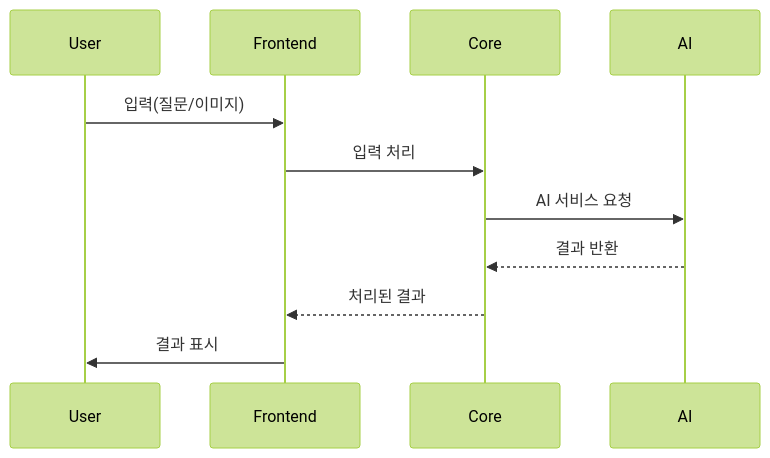
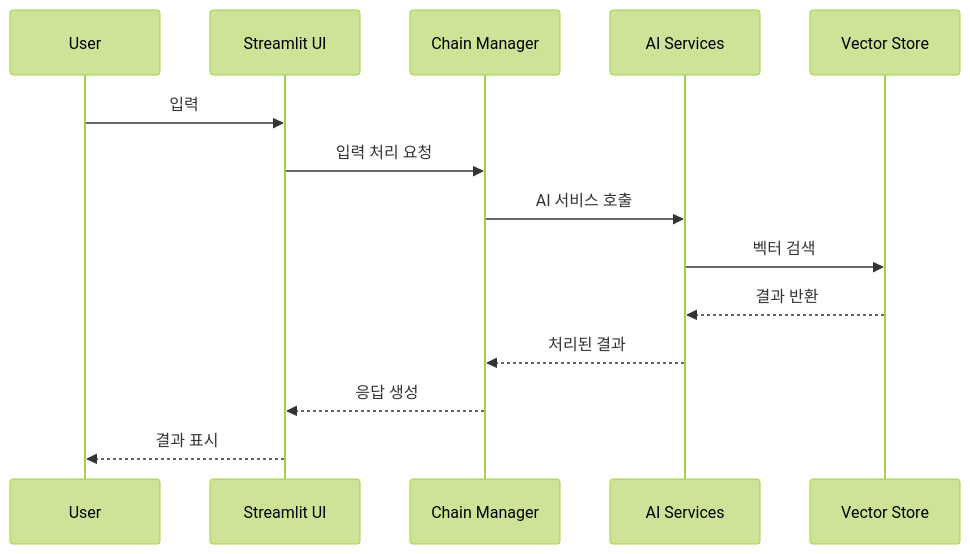
The fifth of 8 diagrams in README.md (SKNETWORKS-FAMILY-AICAMP/SKN03-4th-3Team), drawn with Mermaid (forest theme) before and after one commit. The commit also changed other lines of this file, not shown here.

````diff
--- a/README.md
+++ b/README.md
@@ -97,14 +151,17 @@
 ```mermaid
 sequenceDiagram
     participant User
-    participant Frontend
-    participant Core
-    participant AI
-    
-    User->>Frontend: 입력(질문/이미지)
-    Frontend->>Core: 입력 처리
-    Core->>AI: AI 서비스 요청
-    AI-->>Core: 결과 반환
-    Core-->>Frontend: 처리된 결과
-    Frontend->>User: 결과 표시
+    participant UI as Streamlit UI
+    participant Chain as Chain Manager
+    participant AI as AI Services
+    participant DB as Vector Store
+
+    User->>UI: 입력
+    UI->>Chain: 입력 처리 요청
+    Chain->>AI: AI 서비스 호출
+    AI->>DB: 벡터 검색
+    DB-->>AI: 결과 반환
+    AI-->>Chain: 처리된 결과
+    Chain-->>UI: 응답 생성
+    UI-->>User: 결과 표시
 ```
````
